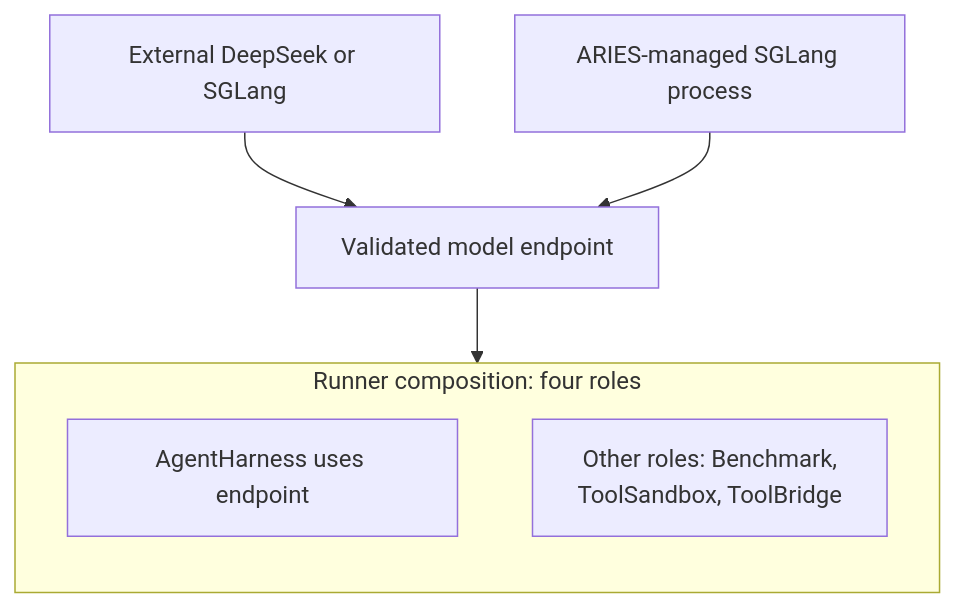
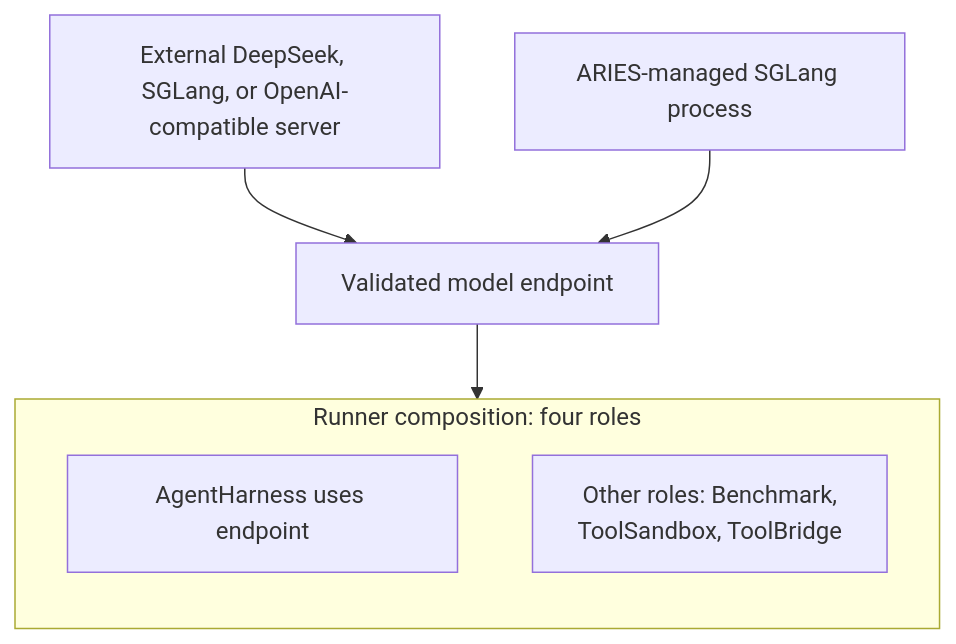
One commit to hyscale-lab/ARIES changed the diagram in docs/design/runtime.md. Above: the diagram before and after it, drawn with Mermaid. The commit also changed other lines of this file and 19 other files, not shown here.

````diff
--- a/docs/design/runtime.md
+++ b/docs/design/runtime.md
@@ -13,16 +13,16 @@
 ```mermaid
 flowchart TB
-    X[External DeepSeek or SGLang]
+    X[External DeepSeek, SGLang, or OpenAI-compatible server]
     M[ARIES-managed SGLang process]
     E[Validated model endpoint]
 
     subgraph R[Runner composition: four roles]
         direction TB
         H[AgentHarness uses endpoint]
         O[Other roles: Benchmark,<br/>ToolSandbox, ToolBridge]
     end
 
     X --> E
     M --> E
     E --> H
 ```
````
